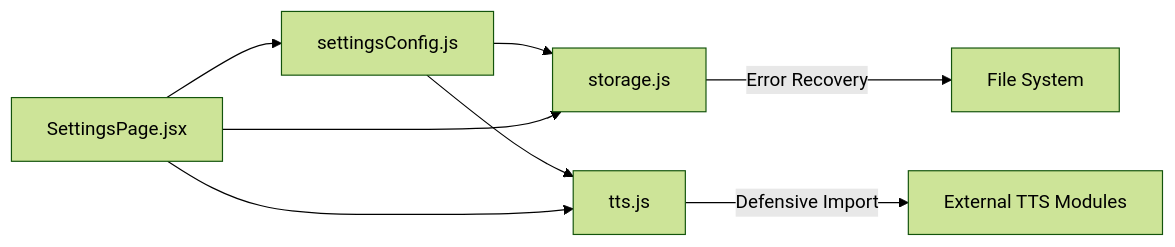
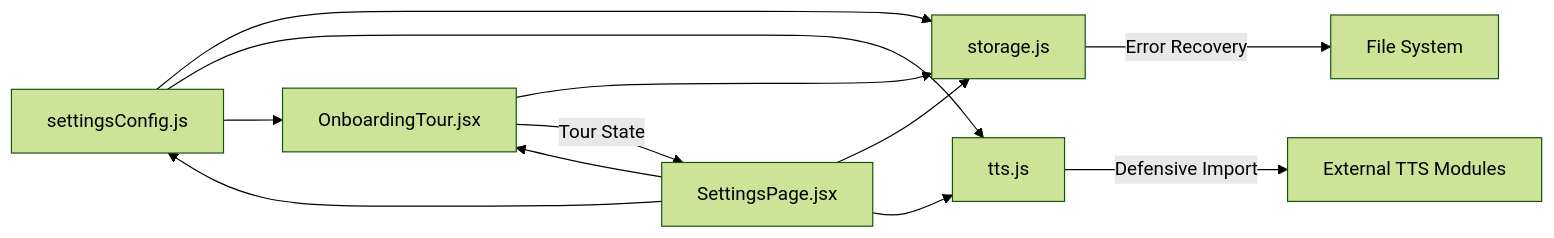
Before and after one commit to zmyeo54/briefroom: the fourth of 6 diagrams in .qoder/repowiki/en/content/Utility Libraries/Settings Configuration.md, drawn with Mermaid (forest theme). The commit also changed other lines of this file and 41 other files, not shown here.

First line of the commit message:
docs(core-features): add detailed documentation for Mindmap Visualization and Onboarding Tour System

````diff
--- a/.qoder/repowiki/en/content/Utility Libraries/Settings Configuration.md
+++ b/.qoder/repowiki/en/content/Utility Libraries/Settings Configuration.md
@@ -236,10 +358,14 @@
 ```mermaid
 graph LR
 SC["settingsConfig.js"] --> ST["storage.js"]
 SC --> TT["tts.js"]
+SC --> OT["OnboardingTour.jsx"]
 SP["SettingsPage.jsx"] --> SC
 SP --> ST
+SP --> OT
 SP --> TT
+OT --> ST
+OT --> |Tour State| SP
 TT --> |Defensive Import| Ext["External TTS Modules"]
 ST --> |Error Recovery| FS["File System"]
 ```
````
